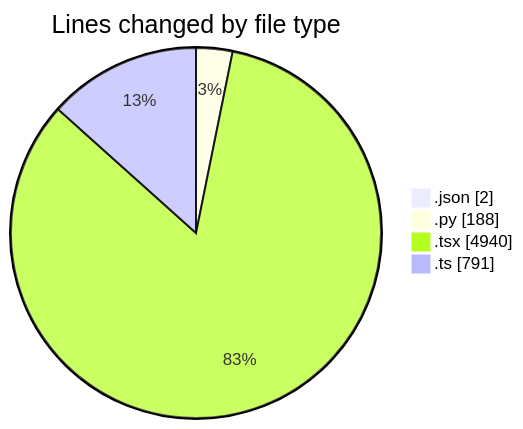
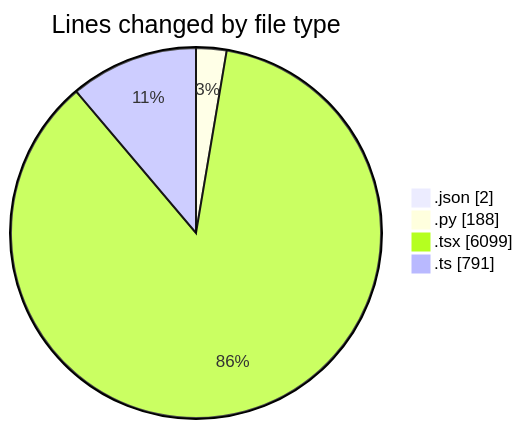
The first of 2 diagrams in 2025-10-06/eventscop-frontend-guide__workspace_/README.md (julien-gomy/code-tracking), drawn with Mermaid before and after one commit. The commit also changed other lines of this file and 1 other file, not shown here.

````diff
--- a/2025-10-06/eventscop-frontend-guide__workspace_/README.md
+++ b/2025-10-06/eventscop-frontend-guide__workspace_/README.md
@@ -56,8 +57,8 @@
 ```mermaid
 pie showData
 title Lines changed by file type
 ".json" : 2
 ".py" : 188
-".tsx" : 4940
+".tsx" : 6099
 ".ts" : 791
 ```
````
